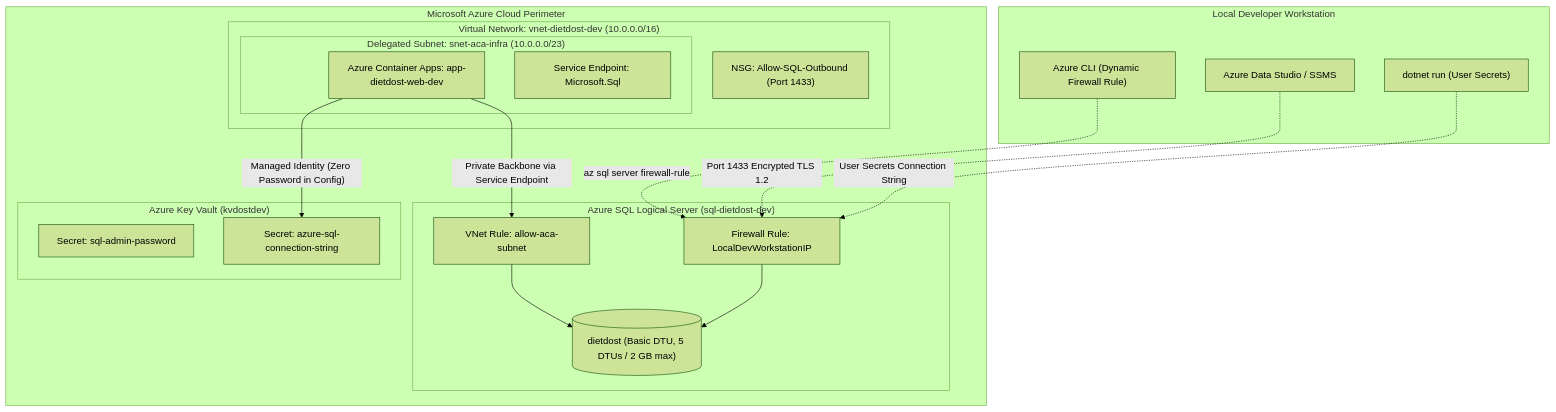
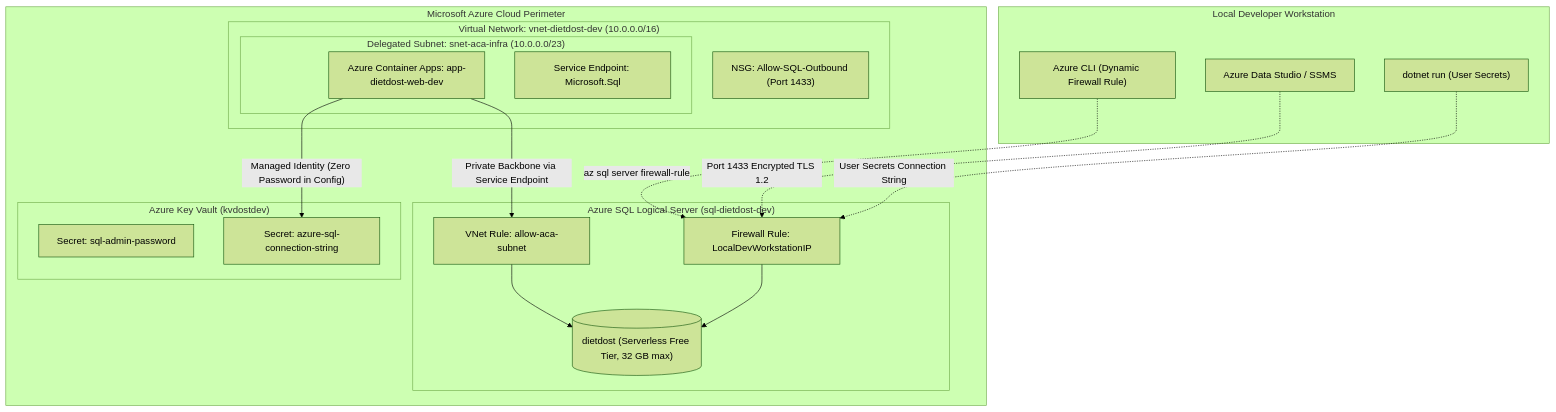
One commit to nikunjbanker/diet-dost changed the diagram in docs/sql-setup-guide.md. Above: the diagram before and after it, drawn with Mermaid (forest theme). The commit also changed other lines of this file and 11 other files, not shown here.

Commit message:
feat(infra): transition Azure SQL to Serverless Free Tier with 60m auto-pause (ADR-188) (#188)

````diff
--- a/docs/sql-setup-guide.md
+++ b/docs/sql-setup-guide.md
@@ -28,37 +28,37 @@
 ```mermaid
 flowchart TD
     subgraph LocalDev ["Local Developer Workstation"]
         ADS["Azure Data Studio / SSMS"]
         DEV_CLI["Azure CLI (Dynamic Firewall Rule)"]
         DEV_APP["dotnet run (User Secrets)"]
     end
 
     subgraph AzureCloud ["Microsoft Azure Cloud Perimeter"]
         subgraph VNet ["Virtual Network: vnet-dietdost-dev (10.0.0.0/16)"]
             subgraph Subnet ["Delegated Subnet: snet-aca-infra (10.0.0.0/23)"]
                 ACA["Azure Container Apps: app-dietdost-web-dev"]
                 SVC_EP["Service Endpoint: Microsoft.Sql"]
             end
             NSG["NSG: Allow-SQL-Outbound (Port 1433)"]
         end
 
         subgraph SQLBoundary ["Azure SQL Logical Server (sql-dietdost-dev)"]
             VNET_RULE["VNet Rule: allow-aca-subnet"]
             FW_RULE["Firewall Rule: LocalDevWorkstationIP"]
-            DB[("dietdost (Basic DTU, 5 DTUs / 2 GB max)")]
+            DB[("dietdost (Serverless Free Tier, 32 GB max)")]
         end
 
         subgraph SecretVault ["Azure Key Vault (kvdostdev)"]
             SEC_PWD["Secret: sql-admin-password"]
             SEC_CONN["Secret: azure-sql-connection-string"]
         end
     end
 
     ACA -->|Private Backbone via Service Endpoint| VNET_RULE
     VNET_RULE --> DB
     ACA -->|"Managed Identity (Zero Password in Config)"| SEC_CONN
     DEV_CLI -.->|az sql server firewall-rule| FW_RULE
     ADS -.->|Port 1433 Encrypted TLS 1.2| FW_RULE
     FW_RULE --> DB
     DEV_APP -.->|User Secrets Connection String| FW_RULE
 ```
````
